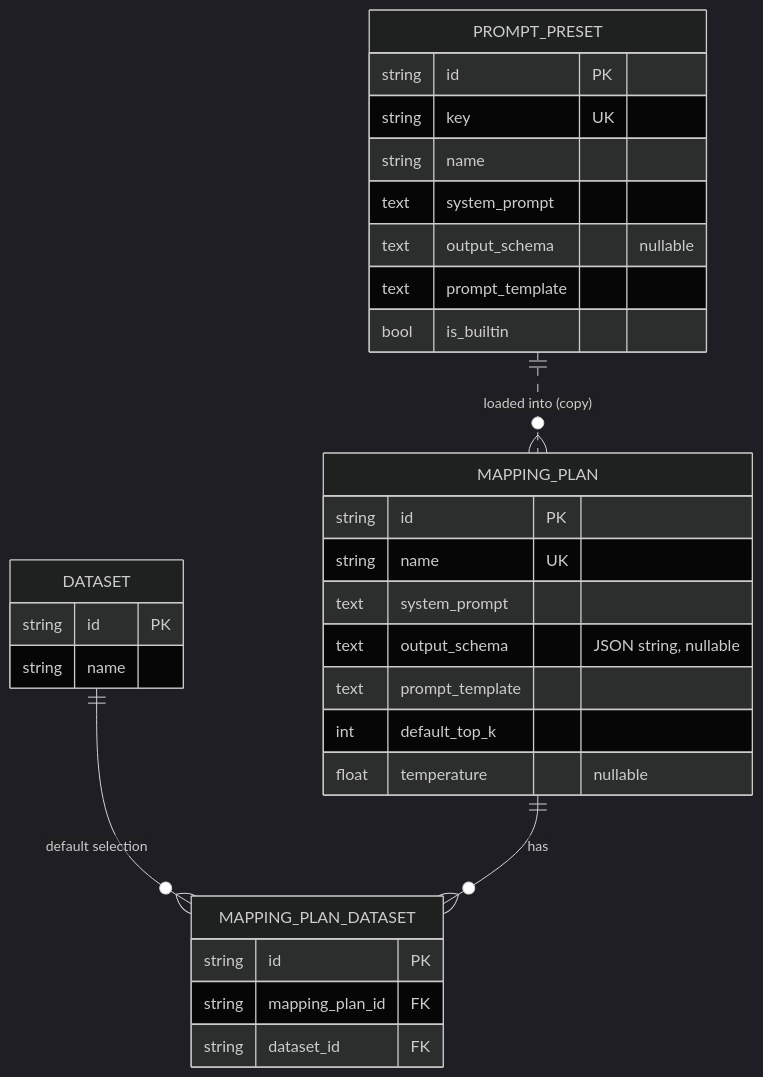
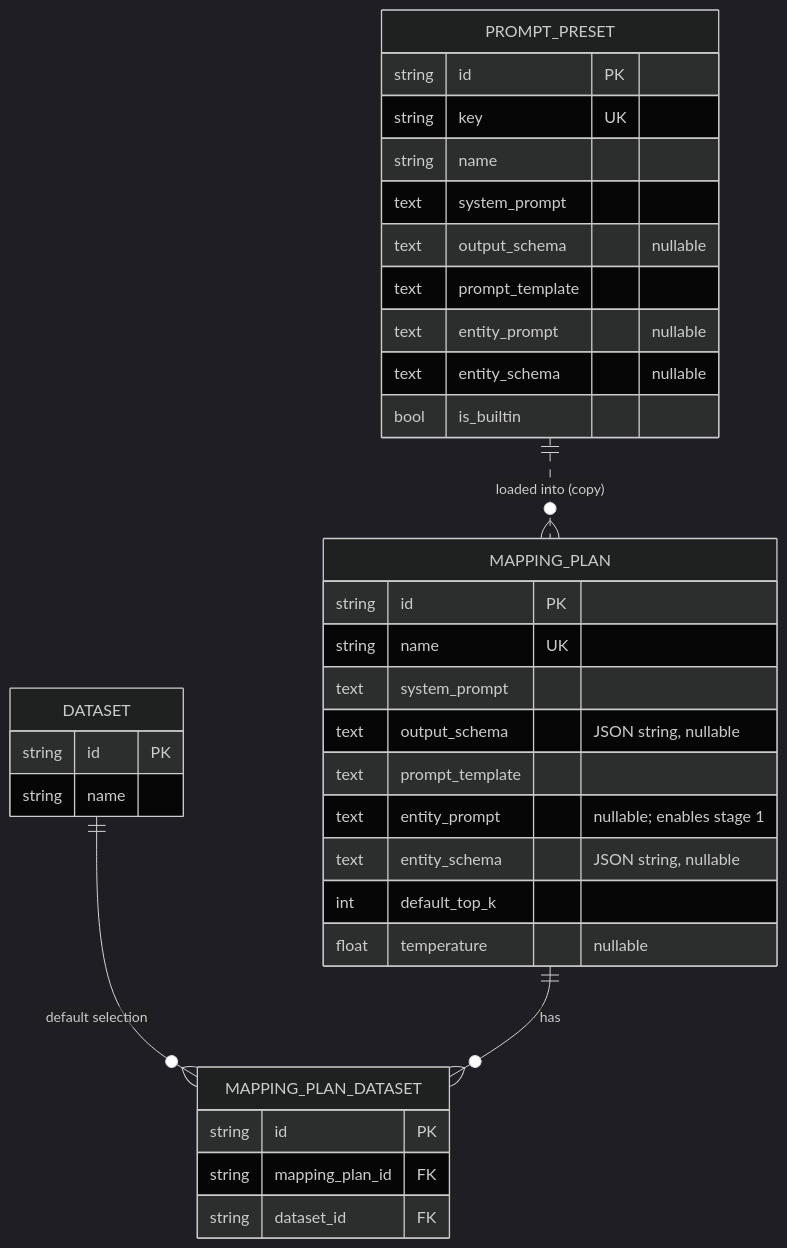
Before and after one commit to AmirHossein-Kashani/RagSystemAnalyzer: the second of 6 diagrams in docs/mapping-engine.md, drawn with Mermaid (dark theme). The commit also changed other lines of this file and 13 other files, not shown here.

````diff
--- a/docs/mapping-engine.md
+++ b/docs/mapping-engine.md
@@ -54,34 +63,38 @@
 ```mermaid
 erDiagram
   DATASET ||--o{ MAPPING_PLAN_DATASET : "default selection"
   MAPPING_PLAN ||--o{ MAPPING_PLAN_DATASET : has
   PROMPT_PRESET ||..o{ MAPPING_PLAN : "loaded into (copy)"
 
   MAPPING_PLAN {
     string id PK
     string name UK
     text   system_prompt
     text   output_schema "JSON string, nullable"
     text   prompt_template
+    text   entity_prompt "nullable; enables stage 1"
+    text   entity_schema "JSON string, nullable"
     int    default_top_k
     float  temperature "nullable"
   }
   MAPPING_PLAN_DATASET {
     string id PK
     string mapping_plan_id FK
     string dataset_id FK
   }
   PROMPT_PRESET {
     string id PK
     string key UK
     string name
     text   system_prompt
     text   output_schema "nullable"
     text   prompt_template
+    text   entity_prompt "nullable"
+    text   entity_schema "nullable"
     bool   is_builtin
   }
   DATASET {
     string id PK
     string name
   }
 ```
````
